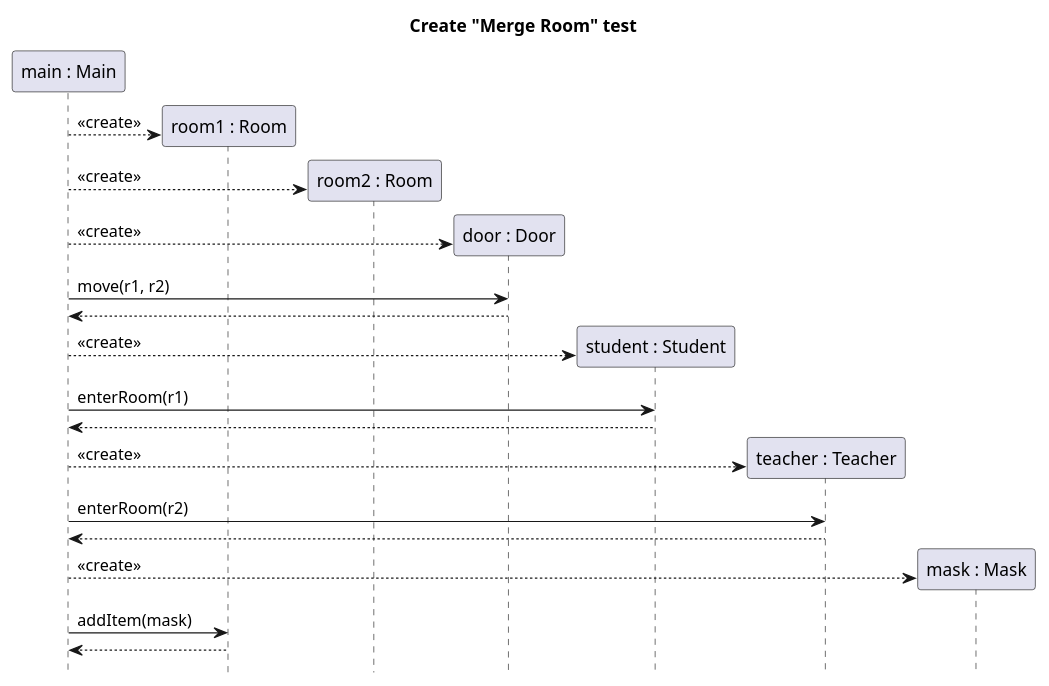
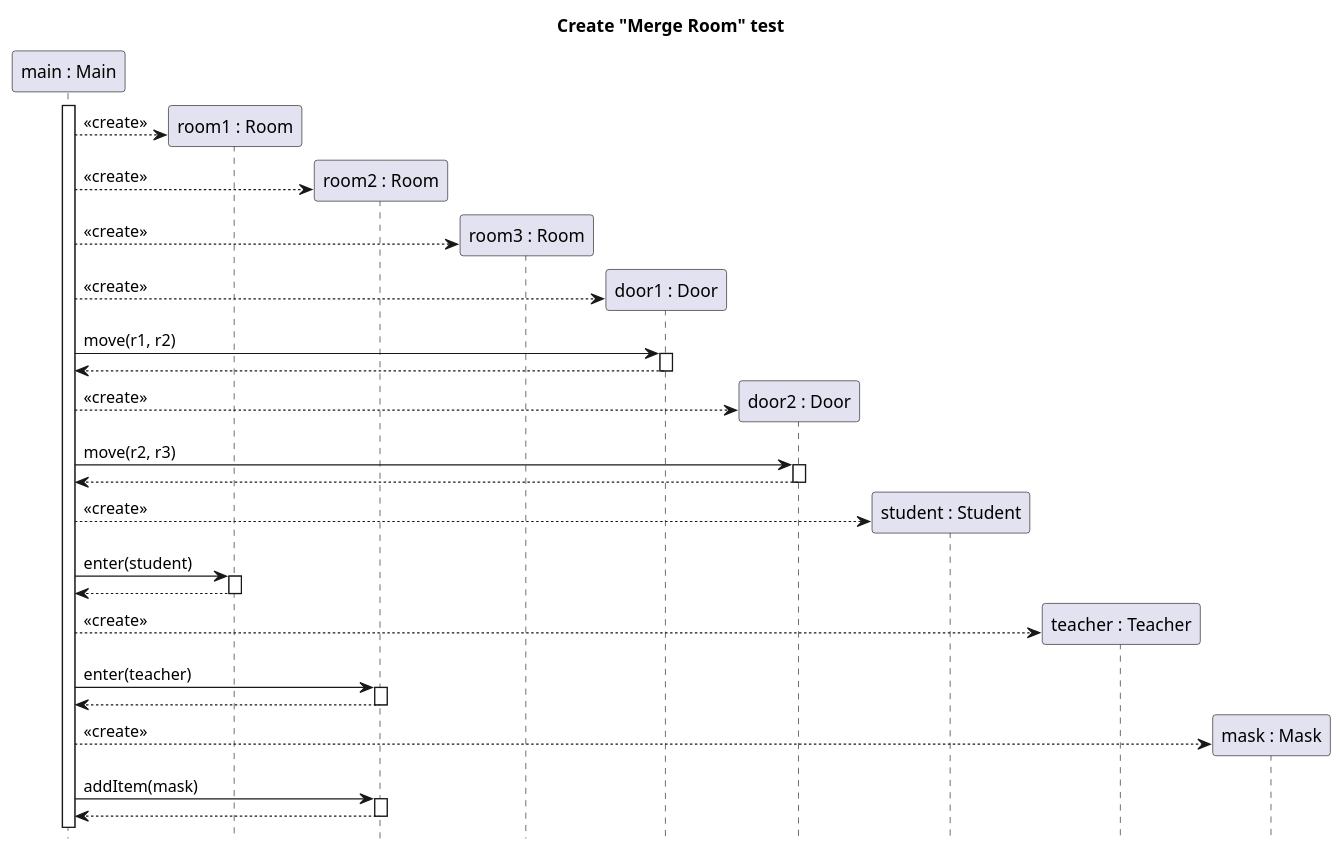
Before and after one commit to sn4k3ch4rm3r/logarlec: the diagram in docs/diagrams/test-create-sequence/room_merge_create.puml, drawn with PlantUML. The commit also changed 22 other files, not shown here.

Commit message:
Modified and added sequence diagrams

```diff
--- a/docs/diagrams/test-create-sequence/room_merge_create.puml
+++ b/docs/diagrams/test-create-sequence/room_merge_create.puml
@@ -1,36 +1,45 @@
 @startuml room-merge-create
 title Create "Merge Room" test
 hide footbox
 skinparam SequenceReferenceBackgroundColor white
 
 participant "main : Main" as main
 participant "room1 : Room" as r1
 participant "room2 : Room" as r2
-participant "door : Door" as door
+participant "room3 : Room" as r3
+participant "door1 : Door" as door1
+participant "door2 : Door" as door2
 participant "student : Student" as student
 participant "teacher : Teacher" as teacher
 participant "mask : Mask" as mask
 
+main++
 create r1
 main --> r1 : <<create>>
 create r2
 main --> r2 : <<create>>
-create door
-main --> door : <<create>>
-main -> door: move(r1, r2)
+create r3
+main --> r3 : <<create>>
+create door1
+main --> door1 : <<create>>
+main -> door1 ++ : move(r1, r2)
+return
+create door2
+main --> door2 : <<create>>
+main -> door2 ++ : move(r2, r3)
 return
 create student
 main --> student : <<create>>
-main -> student: enterRoom(r1)
+main -> r1 ++ : enter(student)
 return
 create teacher
 main --> teacher : <<create>>
-main -> teacher: enterRoom(r2)
+main -> r2 ++ : enter(teacher)
 return
 create mask
 main --> mask : <<create>>
-main -> r1: addItem(mask)
+main -> r2 ++ : addItem(mask)
 return
 
 
 @enduml
```
